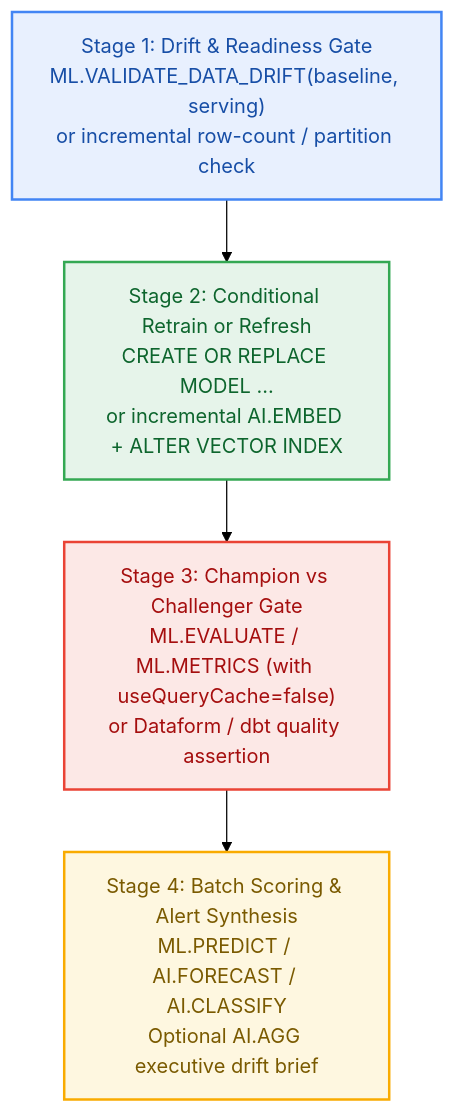
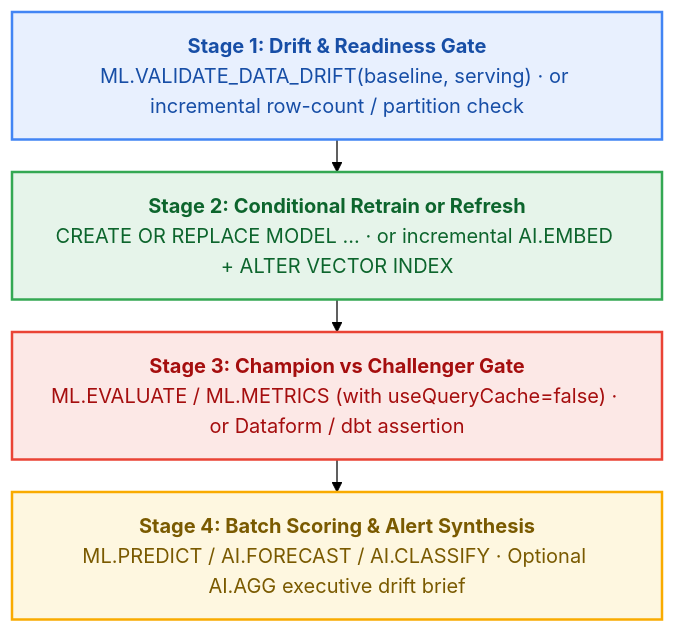
The diagram in skills/bigquery-mlops/reference/orchestration-and-pipelines.md (statmike/bigquery-data-science), drawn with Mermaid (forest theme) before and after one commit. The commit also changed 5 other files, not shown here.

Commit message:
docs(mermaid): apply wrappingWidth and horizontal 3-card stage layout across all 6 remaining Mermaid diagrams

````diff
--- a/skills/bigquery-mlops/reference/orchestration-and-pipelines.md
+++ b/skills/bigquery-mlops/reference/orchestration-and-pipelines.md
@@ -30,18 +30,19 @@
 ```mermaid
+%%{init: {'flowchart': {'wrappingWidth': 460, 'nodeSpacing': 24, 'rankSpacing': 26}}}%%
 flowchart TD
-    S1["Stage 1: Drift & Readiness Gate<br/>ML.VALIDATE_DATA_DRIFT(baseline, serving)<br/>or incremental row-count / partition check"]
-    S2["Stage 2: Conditional Retrain or Refresh<br/>CREATE OR REPLACE MODEL ...<br/>or incremental AI.EMBED + ALTER VECTOR INDEX"]
-    S3["Stage 3: Champion vs Challenger Gate<br/>ML.EVALUATE / ML.METRICS (with useQueryCache=false)<br/>or Dataform / dbt quality assertion"]
-    S4["Stage 4: Batch Scoring & Alert Synthesis<br/>ML.PREDICT / AI.FORECAST / AI.CLASSIFY<br/>Optional AI.AGG executive drift brief"]
+    S1["<b>Stage 1: Drift &amp; Readiness Gate</b><br/>ML.VALIDATE_DATA_DRIFT(baseline, serving) · or incremental row-count / partition check"]
+    S2["<b>Stage 2: Conditional Retrain or Refresh</b><br/>CREATE OR REPLACE MODEL ... · or incremental AI.EMBED + ALTER VECTOR INDEX"]
+    S3["<b>Stage 3: Champion vs Challenger Gate</b><br/>ML.EVALUATE / ML.METRICS (with useQueryCache=false) · or Dataform / dbt assertion"]
+    S4["<b>Stage 4: Batch Scoring &amp; Alert Synthesis</b><br/>ML.PREDICT / AI.FORECAST / AI.CLASSIFY · Optional AI.AGG executive drift brief"]
 
     S1 --> S2 --> S3 --> S4
 
     classDef data fill:#E8F0FE,stroke:#4285F4,stroke-width:2px,color:#174EA6
     classDef config fill:#FEF7E0,stroke:#F9AB00,stroke-width:2px,color:#7A5A00
     classDef route fill:#FCE8E6,stroke:#EA4335,stroke-width:2px,color:#A50E0E
     classDef compute fill:#E6F4EA,stroke:#34A853,stroke-width:2px,color:#0D652D
     class S1 data
     class S2 compute
     class S3 route
     class S4 config
 ```
````
